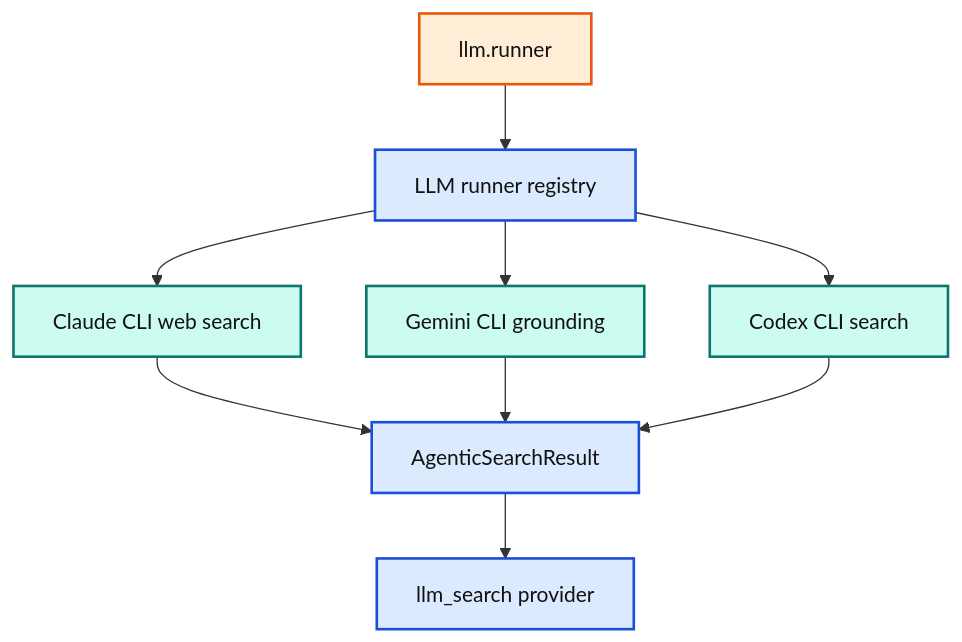
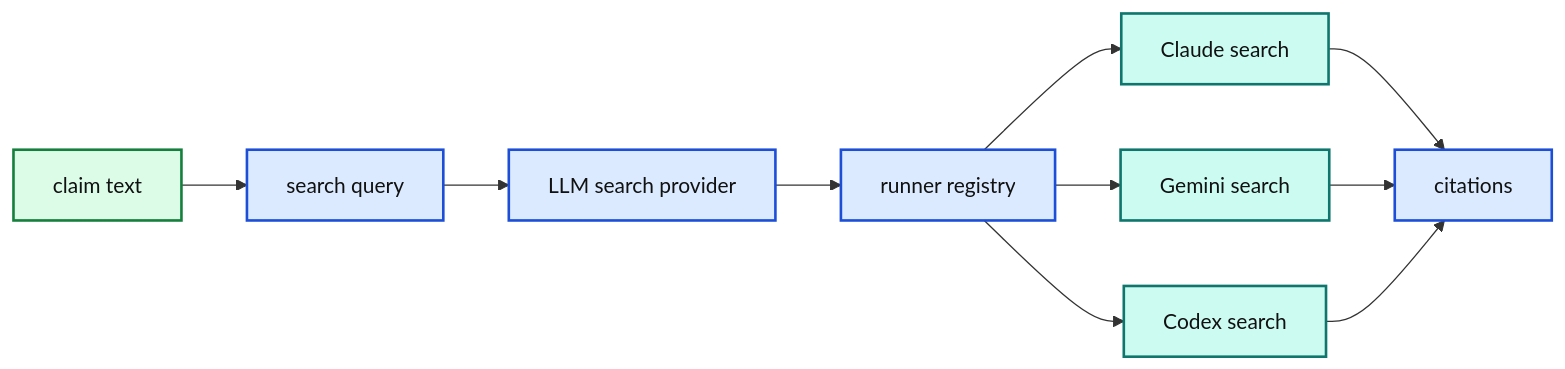
One commit to reshinto/social-research-probe changed the diagram in docs/diagrams/src/corroboration-runner-agnostic.mmd. Above: the diagram before and after it, drawn with Mermaid. The commit also changed 107 other files, not shown here.

```diff
--- a/docs/diagrams/src/corroboration-runner-agnostic.mmd
+++ b/docs/diagrams/src/corroboration-runner-agnostic.mmd
@@ -1,21 +1,21 @@
 %%{init: {"theme":"base","themeVariables":{"background":"#ffffff","mainBkg":"#ffffff","primaryTextColor":"#111111","lineColor":"#333333","fontFamily":"Arial, sans-serif","clusterBkg":"#ffffff","clusterBorder":"#d0d7de"}}}%%
-flowchart TB
-  Config["llm.runner"] --> Registry["LLM runner registry"]
-  Registry --> Claude["Claude CLI web search"]
-  Registry --> Gemini["Gemini CLI grounding"]
-  Registry --> Codex["Codex CLI search"]
-  Claude --> Contract["AgenticSearchResult"]
-  Gemini --> Contract
-  Codex --> Contract
-  Contract --> Corroboration["llm_search provider"]
+flowchart LR
+  Claim["claim text"] --> Query["search query"] --> RunnerProvider["LLM search provider"]
+  RunnerProvider --> Registry["runner registry"]
+  Registry --> Claude["Claude search"]
+  Registry --> Gemini["Gemini search"]
+  Registry --> Codex["Codex search"]
+  Claude --> Citations["citations"]
+  Gemini --> Citations
+  Codex --> Citations
+  class Claim input;
+  class Query,RunnerProvider,Registry,Citations process;
+  class Claude,Gemini,Codex external;
 
   classDef input fill:#dcfce7,stroke:#15803d,color:#111111,stroke-width:2px;
   classDef process fill:#dbeafe,stroke:#1d4ed8,color:#111111,stroke-width:2px;
   classDef analysis fill:#fef3c7,stroke:#d97706,color:#111111,stroke-width:2px;
   classDef external fill:#ccfbf1,stroke:#0f766e,color:#111111,stroke-width:2px;
   classDef output fill:#ede9fe,stroke:#7c3aed,color:#111111,stroke-width:2px;
   classDef config fill:#ffedd5,stroke:#ea580c,color:#111111,stroke-width:2px;
   classDef risk fill:#fee2e2,stroke:#dc2626,color:#111111,stroke-width:2px;
-  class Config config;
-  class Registry,Contract,Corroboration process;
-  class Claude,Gemini,Codex external;
```
